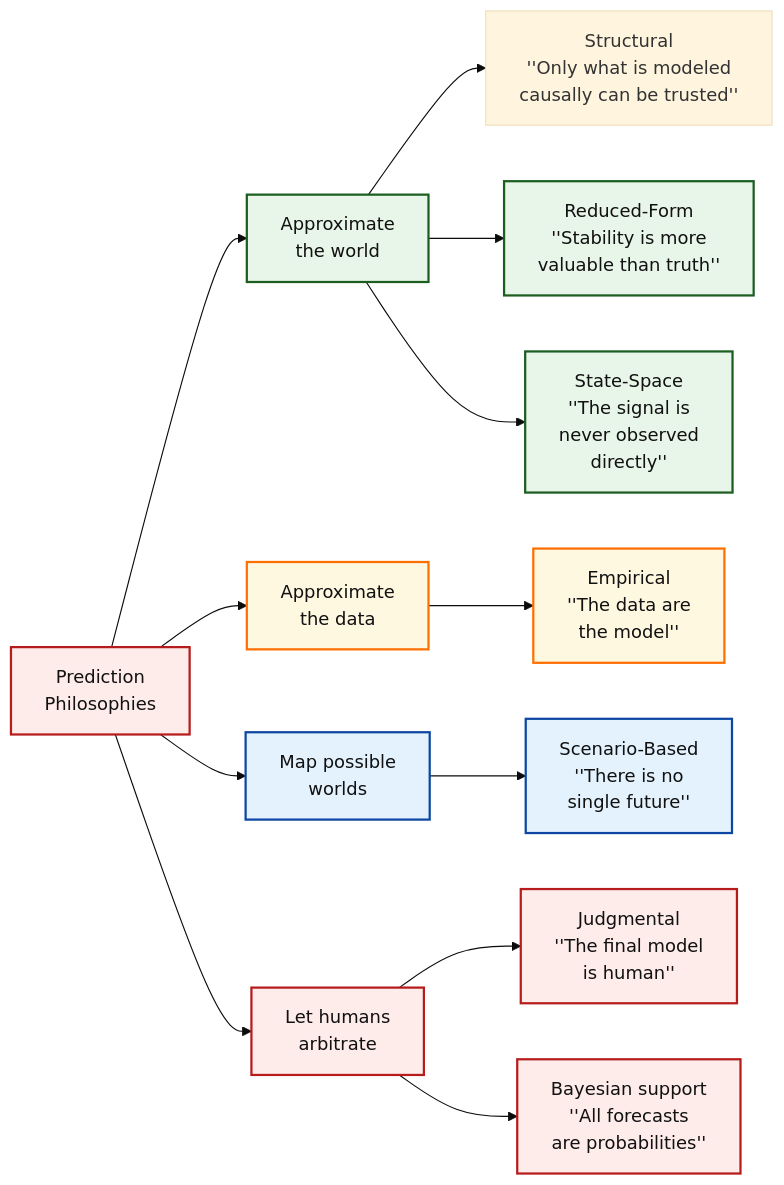
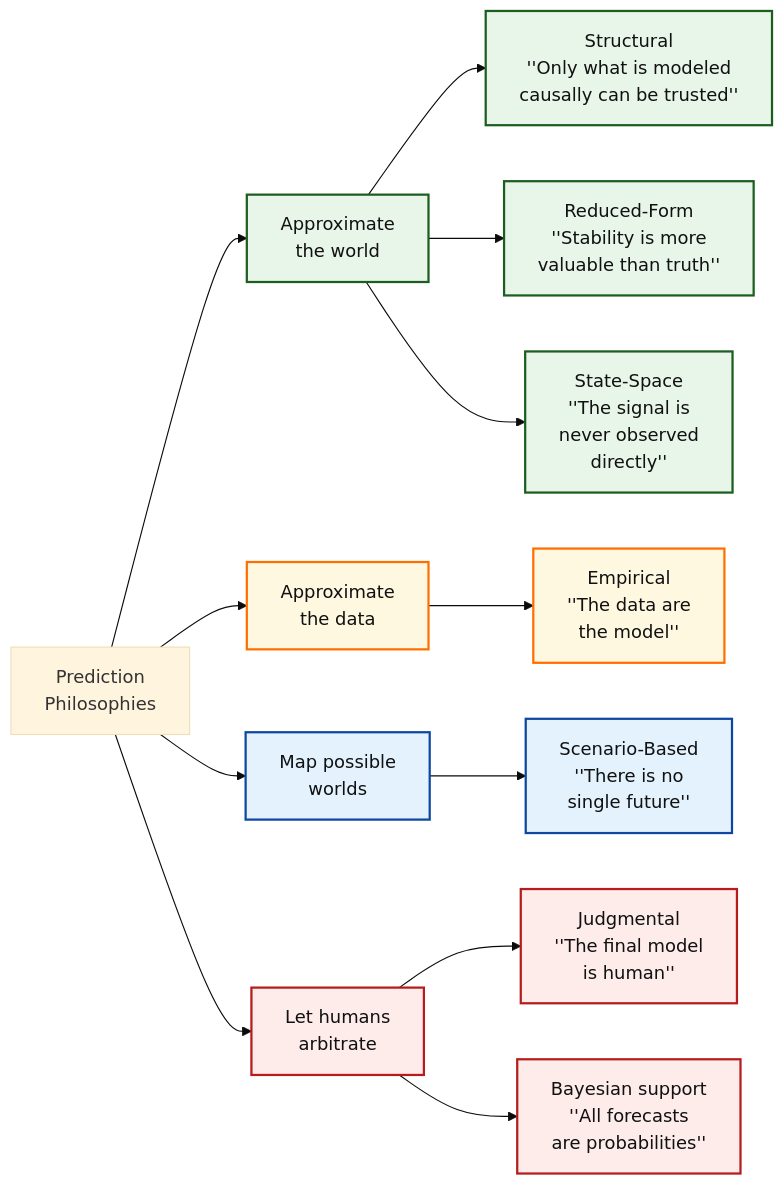
Before and after one commit to Tellusant/docs: the diagram in articles-posts/predictive-model-evaluation-framework.md, drawn with Mermaid (base theme).

```diff
--- a/articles-posts/predictive-model-evaluation-framework.md
+++ b/articles-posts/predictive-model-evaluation-framework.md
@@ -26,42 +26,42 @@
 <div class="mermaid">
 
 flowchart LR
 
 %% ========= NODES =========
-P["Prediction<br/>Philosophies"]:::risk
+P["Prediction<br/>Philosophies"]:::none
 
 AW["Approximate<br/>the world"]:::strong
 AD["Approximate<br/>the data"]:::mixed
 PW["Map possible<br/>worlds"]:::neutral
 HA["Let humans<br/>arbitrate"]:::risk
 
 EMP["Empirical<br/>''The data are<br/>the model''"]:::mixed
-STR["Structural<br/>''Only what is modeled<br/>causally can be trusted''"]:::srong
+STR["Structural<br/>''Only what is modeled<br/>causally can be trusted''"]:::strong
 RED["Reduced-Form<br/>''Stability is more<br/>valuable than truth''"]:::strong
 STA["State-Space<br/>''The signal is<br/>never observed<br/>directly''"]:::strong
 SCE["Scenario-Based<br/>''There is no<br/>single future''"]:::neutral
 JUD["Judgmental<br/>''The final model<br/>is human''"]:::risk
 BAY["Bayesian support<br/>''All forecasts<br/>are probabilities''"]:::risk
 
 %% ========= RELATIONSHIPS =========
 P --> AW
 P --> AD
 P --> PW
 P --> HA
 AW --> STR
 AW --> RED
 AW --> STA
 AD --> EMP
 PW --> SCE
 HA --> JUD
 HA --> BAY
 
 %% ========= STYLES =========
 classDef strong  fill:#E8F5E9,stroke:#1B5E20,stroke-width:2px,color:#111;
 classDef neutral fill:#E3F2FD,stroke:#0D47A1,stroke-width:2px,color:#111;
 classDef mixed   fill:#FFF8E1,stroke:#FF6F00,stroke-width:2px,color:#111;
 classDef risk    fill:#FDECEA,stroke:#B71C1C,stroke-width:2px,color:#111;
 classDef summary fill:#F5F5F5,stroke:#424242,stroke-width:2px,color:#111;
 classDef anchor fill:transparent,stroke:transparent;
 
 </div>
```
